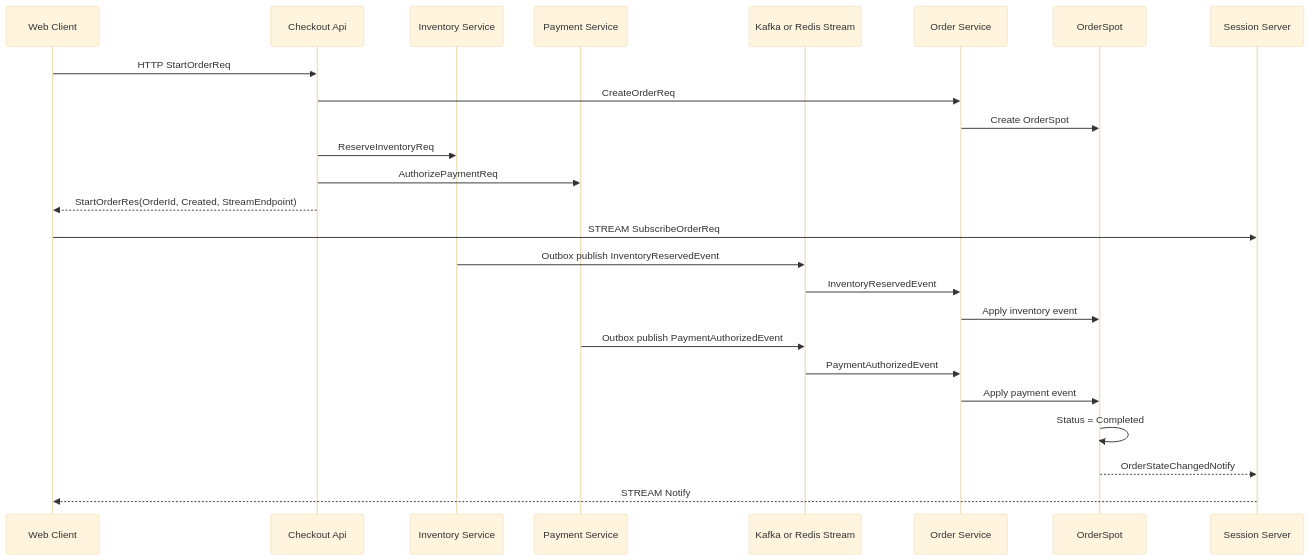
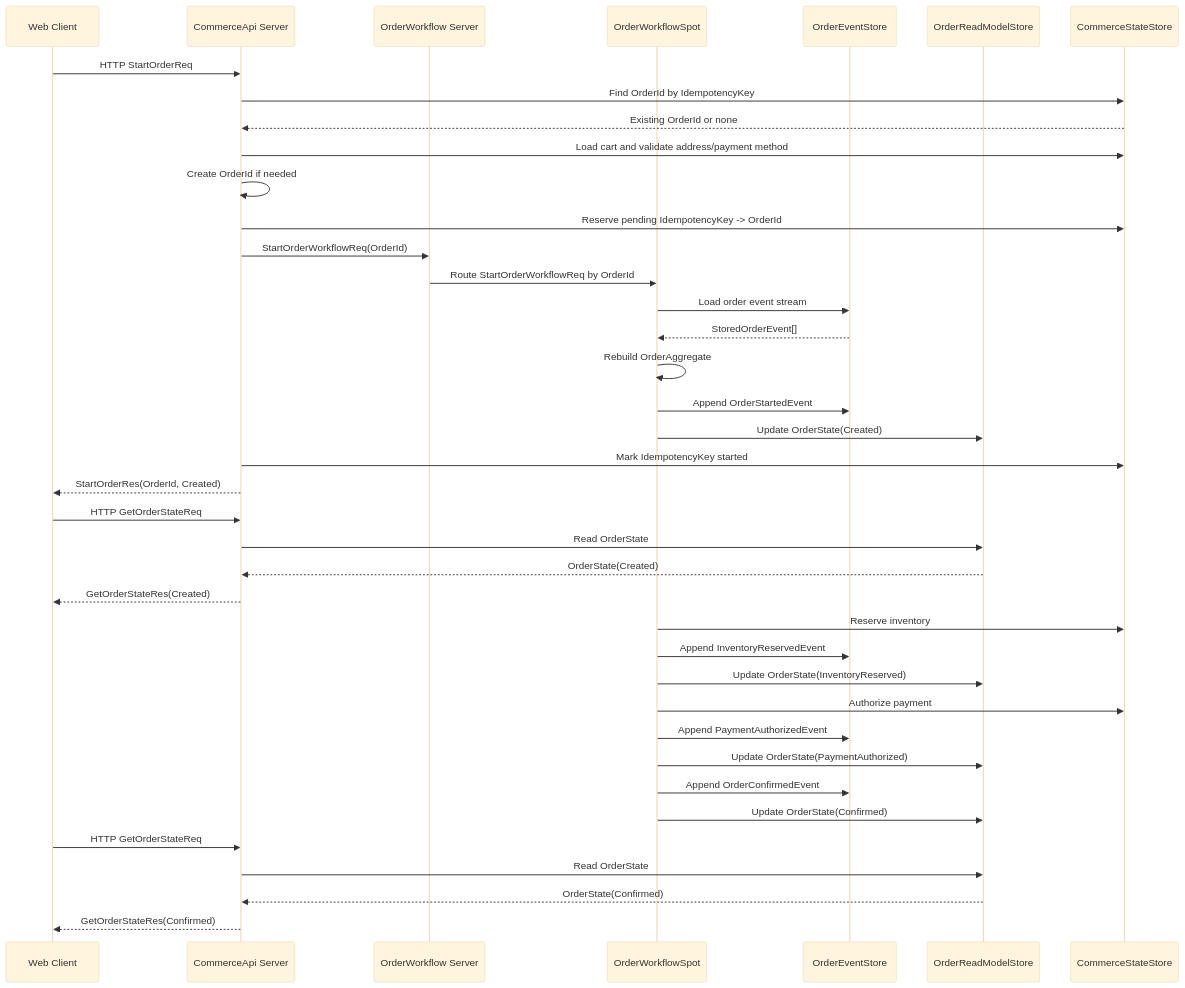
One commit to kairos-code-dev/zlink changed the third of 3 diagrams in framework/doc/spec/sample/event/shoppingmall-checkout.ko.md. Above: the diagram before and after it, drawn with Mermaid (base theme). The commit also changed other lines of this file and 267 other files, not shown here.

````diff
--- a/framework/doc/spec/sample/event/shoppingmall-checkout.ko.md
+++ b/framework/doc/spec/sample/event/shoppingmall-checkout.ko.md
@@ -241,28 +515,42 @@
 ```mermaid
 sequenceDiagram
     participant C as Web Client
-    participant API as Checkout Api
-    participant INV as Inventory Service
-    participant PAY as Payment Service
-    participant BUS as Kafka or Redis Stream
-    participant ORD as Order Service
-    participant O as OrderSpot
-    participant S as Session Server
+    participant API as CommerceApi Server
+    participant WF as OrderWorkflow Server
+    participant O as OrderWorkflowSpot
+    participant ES as OrderEventStore
+    participant RS as OrderReadModelStore
+    participant CS as CommerceStateStore
 
     C->>API: HTTP StartOrderReq
-    API->>ORD: CreateOrderReq
-    ORD->>O: Create OrderSpot
-    API->>INV: ReserveInventoryReq
-    API->>PAY: AuthorizePaymentReq
-    API-->>C: StartOrderRes(OrderId, Created, StreamEndpoint)
-    C->>S: STREAM SubscribeOrderReq
-    INV->>BUS: Outbox publish InventoryReservedEvent
-    BUS->>ORD: InventoryReservedEvent
-    ORD->>O: Apply inventory event
-    PAY->>BUS: Outbox publish PaymentAuthorizedEvent
-    BUS->>ORD: PaymentAuthorizedEvent
-    ORD->>O: Apply payment event
-    O->>O: Status = Completed
-    O-->>S: OrderStateChangedNotify
-    S-->>C: STREAM Notify
+    API->>CS: Find OrderId by IdempotencyKey
+    CS-->>API: Existing OrderId or none
+    API->>CS: Load cart and validate address/payment method
+    API->>API: Create OrderId if needed
+    API->>CS: Reserve pending IdempotencyKey -> OrderId
+    API->>WF: StartOrderWorkflowReq(OrderId)
+    WF->>O: Route StartOrderWorkflowReq by OrderId
+    O->>ES: Load order event stream
+    ES-->>O: StoredOrderEvent[]
+    O->>O: Rebuild OrderAggregate
+    O->>ES: Append OrderStartedEvent
+    O->>RS: Update OrderState(Created)
+    API->>CS: Mark IdempotencyKey started
+    API-->>C: StartOrderRes(OrderId, Created)
+    C->>API: HTTP GetOrderStateReq
+    API->>RS: Read OrderState
+    RS-->>API: OrderState(Created)
+    API-->>C: GetOrderStateRes(Created)
+    O->>CS: Reserve inventory
+    O->>ES: Append InventoryReservedEvent
+    O->>RS: Update OrderState(InventoryReserved)
+    O->>CS: Authorize payment
+    O->>ES: Append PaymentAuthorizedEvent
+    O->>RS: Update OrderState(PaymentAuthorized)
+    O->>ES: Append OrderConfirmedEvent
+    O->>RS: Update OrderState(Confirmed)
+    C->>API: HTTP GetOrderStateReq
+    API->>RS: Read OrderState
+    RS-->>API: OrderState(Confirmed)
+    API-->>C: GetOrderStateRes(Confirmed)
 ```
````
